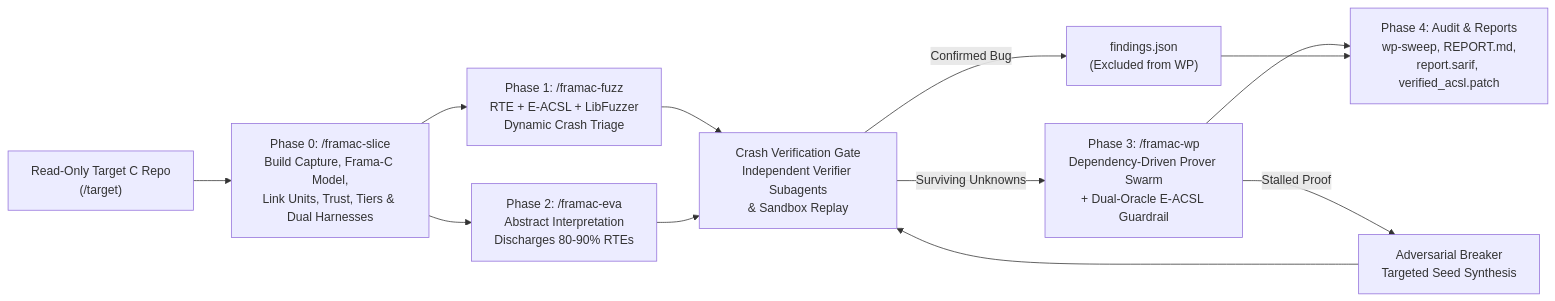
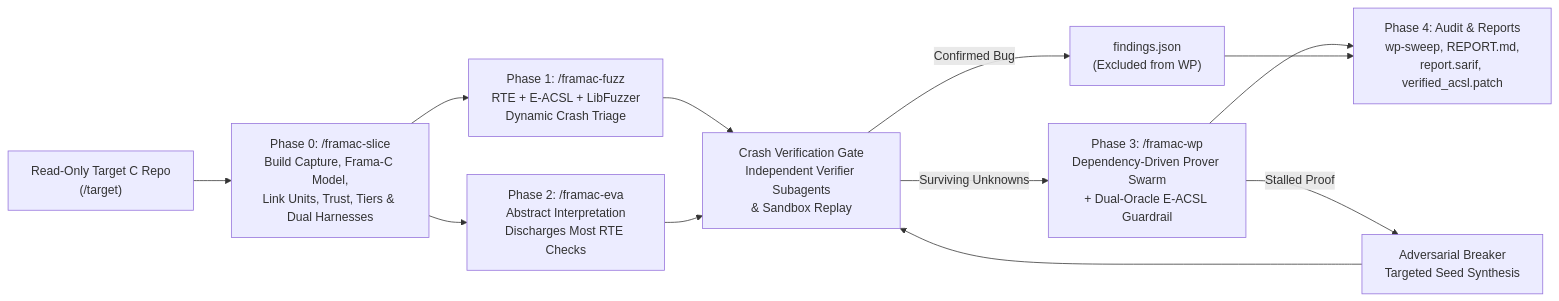
The diagram in README.md (Harvester57/Frama-C-agentic-pipeline), drawn with Mermaid before and after one commit. The commit also changed other lines of this file and 104 other files, not shown here.

````diff
--- a/README.md
+++ b/README.md
@@ -11,12 +43,12 @@
 ```mermaid
 flowchart LR
     Target["Read-Only Target C Repo<br/>(/target)"] --> P0["Phase 0: /framac-slice<br/>Build Capture, Frama-C Model,<br/>Link Units, Trust, Tiers & Dual Harnesses"]
     P0 --> P1["Phase 1: /framac-fuzz<br/>RTE + E-ACSL + LibFuzzer<br/>Dynamic Crash Triage"]
-    P0 --> P2["Phase 2: /framac-eva<br/>Abstract Interpretation<br/>Discharges 80-90% RTEs"]
+    P0 --> P2["Phase 2: /framac-eva<br/>Abstract Interpretation<br/>Discharges Most RTE Checks"]
     P1 & P2 --> Gate["Crash Verification Gate<br/>Independent Verifier Subagents<br/>& Sandbox Replay"]
     Gate -- "Confirmed Bug" --> Findings["findings.json<br/>(Excluded from WP)"]
     Gate -- "Surviving Unknowns" --> P3["Phase 3: /framac-wp<br/>Dependency-Driven Prover Swarm<br/>+ Dual-Oracle E-ACSL Guardrail"]
     P3 -- "Stalled Proof" --> Breaker["Adversarial Breaker<br/>Targeted Seed Synthesis"]
     Breaker --> Gate
     P3 & Findings --> P4["Phase 4: Audit & Reports<br/>wp-sweep, REPORT.md,<br/>report.sarif, verified_acsl.patch"]
 ```
````
